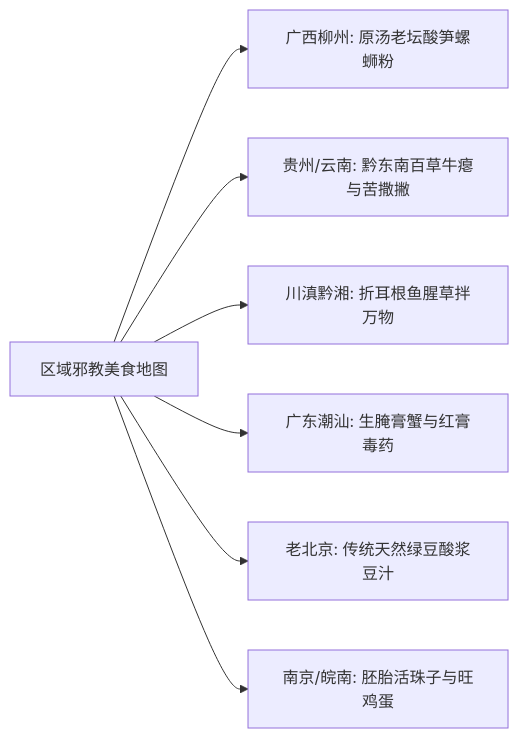
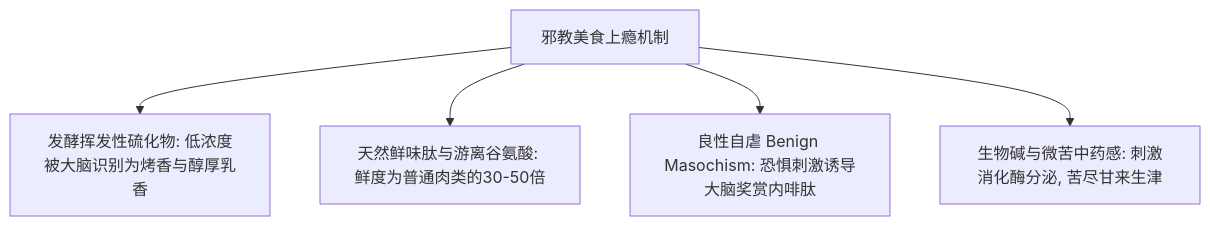
One commit to BugMaker123/gourmet-master changed the diagram in references/04_cult_regional_food.md. Above: the diagram before and after it, drawn with Mermaid. The commit also changed other lines of this file and 6 other files, not shown here.

````diff
--- a/references/04_cult_regional_food.md
+++ b/references/04_cult_regional_food.md
@@ -16,9 +9,7 @@
 ```mermaid
-flowchart LR
-    A[区域邪教美食地图] --> B[广西柳州: 原汤老坛酸笋螺蛳粉]
-    A --> C[贵州/云南: 黔东南百草牛瘪与苦撒撇]
-    A --> D[川滇黔湘: 折耳根鱼腥草拌万物]
-    A --> E[广东潮汕: 生腌膏蟹与红膏毒药]
-    A --> F[老北京: 传统天然绿豆酸浆豆汁]
-    A --> G[南京/皖南: 胚胎活珠子与旺鸡蛋]
+flowchart TD
+    A[邪教美食上瘾机制] --> B[发酵挥发性硫化物: 低浓度被大脑识别为烤香与醇厚乳香]
+    A --> C[天然鲜味肽与游离谷氨酸: 鲜度为普通肉类的30-50倍]
+    A --> D[良性自虐 Benign Masochism: 恐惧刺激诱导大脑奖赏内啡肽]
+    A --> E[生物碱与微苦中药感: 刺激消化酶分泌, 苦尽甘来生津]
 ```
````
